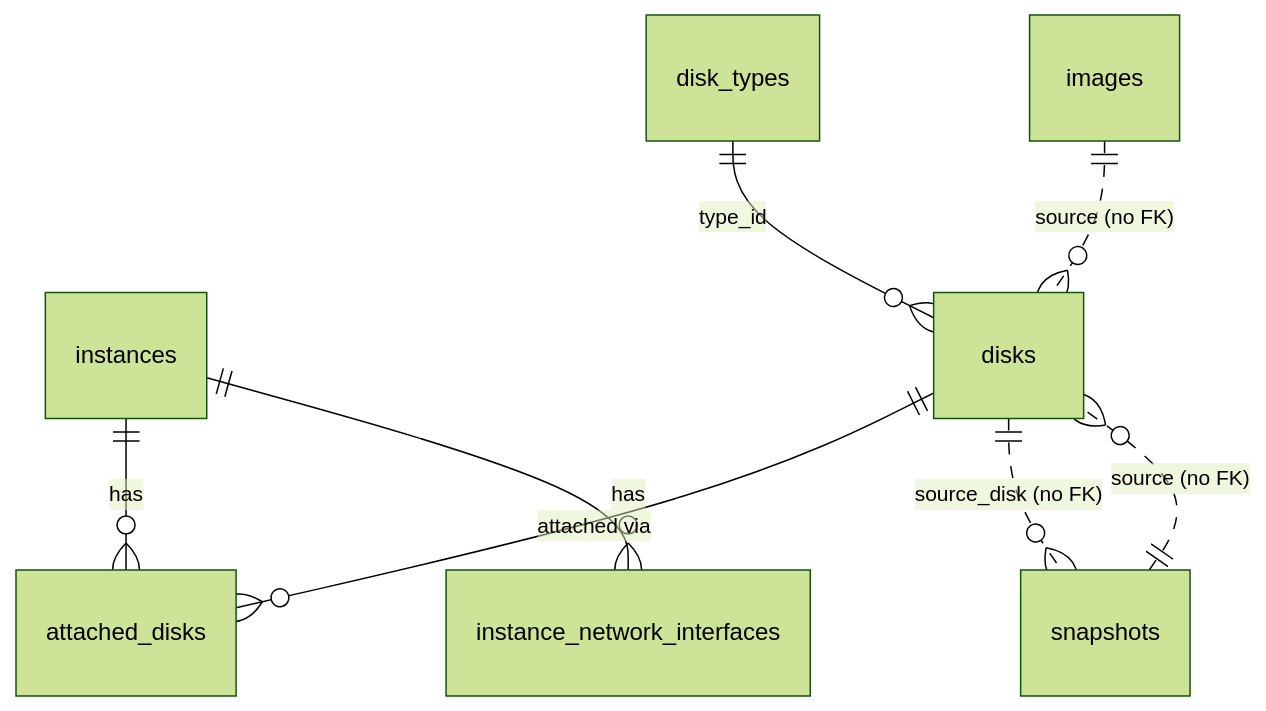
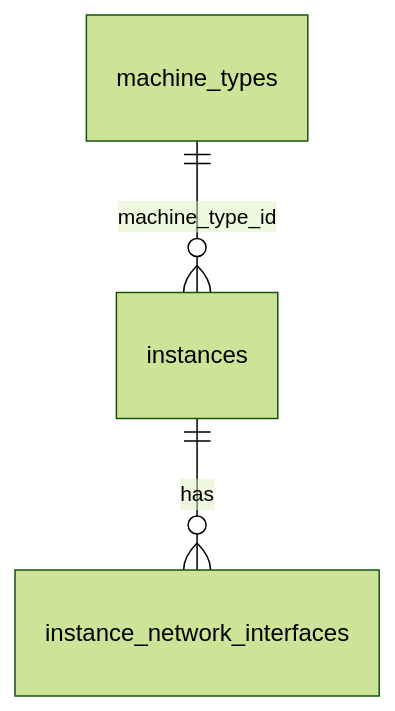
Before and after one commit to PRO-Robotech/kacho: the diagram in services/compute/docs-site/docs/architecture/data-model.mdx, drawn with Mermaid (forest theme). The commit also changed other lines of this file and 8 other files, not shown here.

````diff
--- a/services/compute/docs-site/docs/architecture/data-model.mdx
+++ b/services/compute/docs-site/docs/architecture/data-model.mdx
@@ -32,10 +38,5 @@
 ```mermaid
 erDiagram
-  instances ||--o{ attached_disks : "has"
-  disks ||--o{ attached_disks : "attached via"
   instances ||--o{ instance_network_interfaces : "has"
-  disk_types ||--o{ disks : "type_id"
-  images ||..o{ disks : "source (no FK)"
-  snapshots ||..o{ disks : "source (no FK)"
-  disks ||..o{ snapshots : "source_disk (no FK)"
+  machine_types ||--o{ instances : "machine_type_id"
 ```
````
